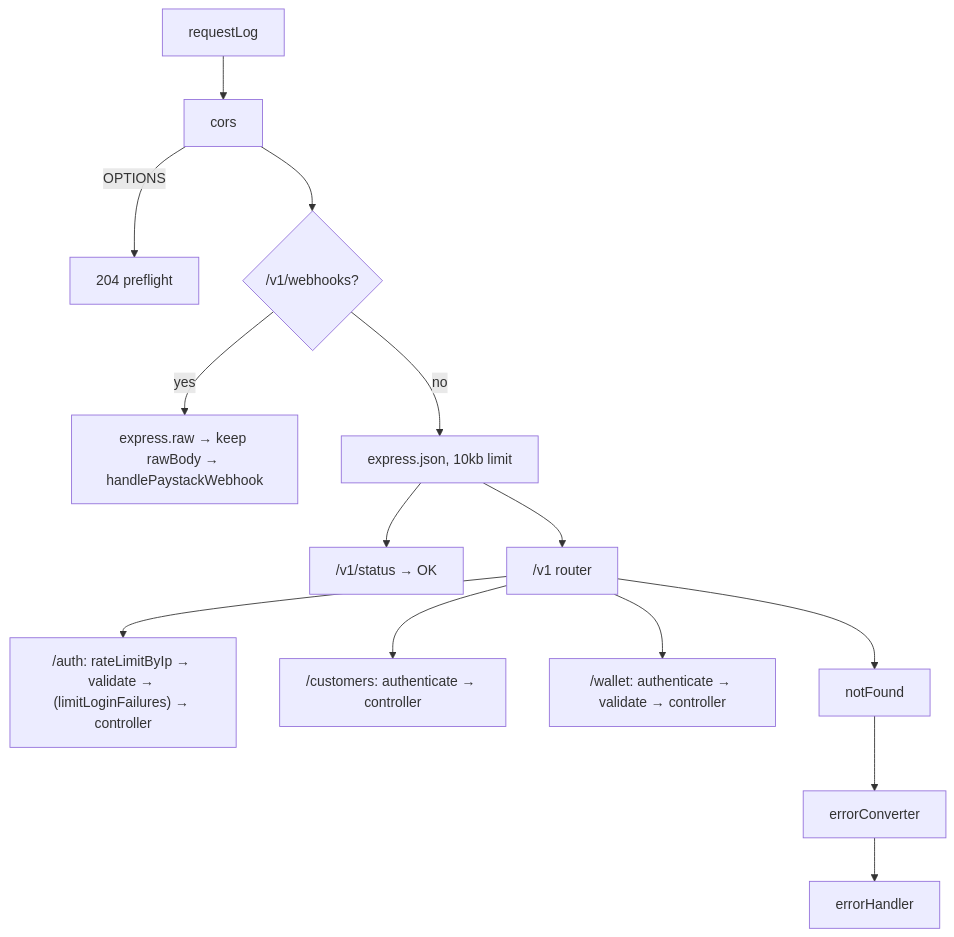
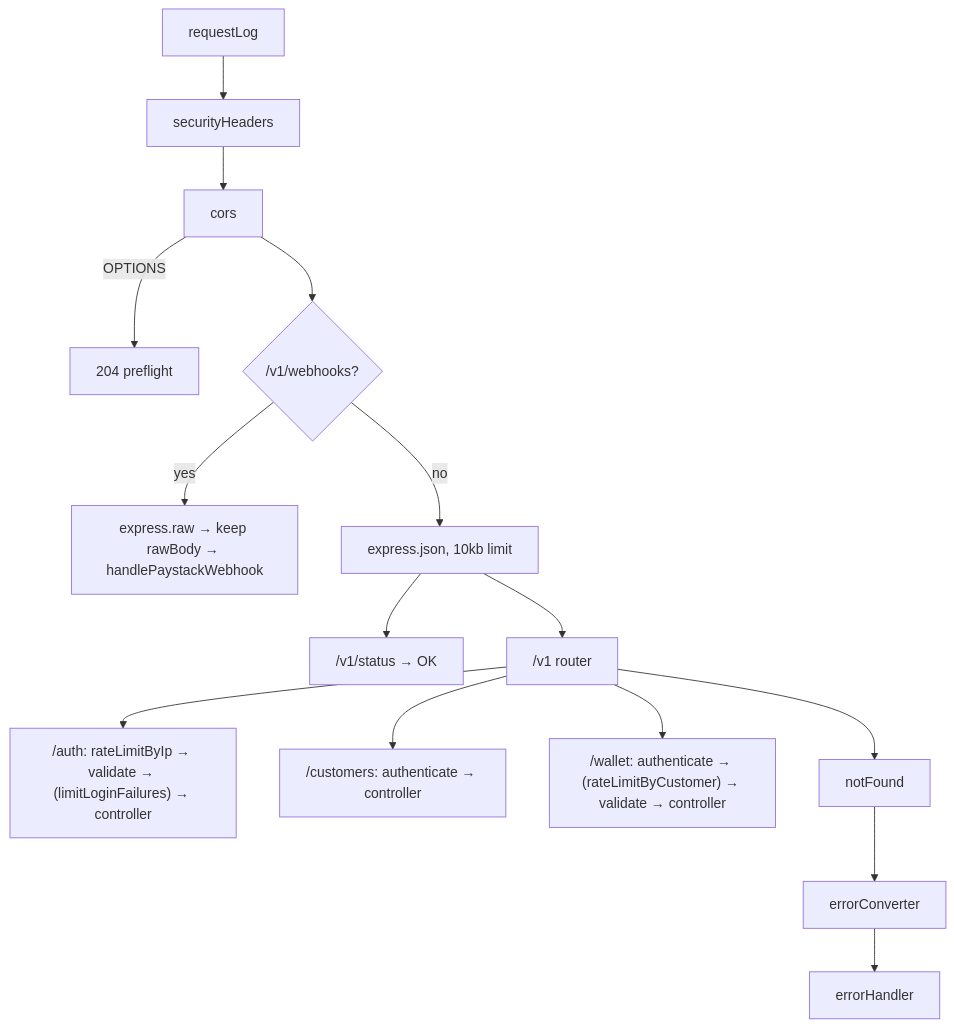
One commit to rkterungwa16/terk-ewallet changed the third of 6 diagrams in backend/docs/architecture.md. Above: the diagram before and after it, drawn with Mermaid. The commit also changed other lines of this file and 11 other files, not shown here.

````diff
--- a/backend/docs/architecture.md
+++ b/backend/docs/architecture.md
@@ -188,15 +188,16 @@
 ```mermaid
 flowchart TD
-  A[requestLog] --> B[cors]
+  A[requestLog] --> SH[securityHeaders]
+  SH --> B[cors]
   B -->|OPTIONS| B2[204 preflight]
   B --> W{"/v1/webhooks?"}
   W -->|yes| W1["express.raw → keep rawBody → handlePaystackWebhook"]
   W -->|no| J[express.json, 10kb limit]
   J --> S["/v1/status → OK"]
   J --> V1["/v1 router"]
   V1 --> AU["/auth: rateLimitByIp → validate → (limitLoginFailures) → controller"]
   V1 --> CU["/customers: authenticate → controller"]
-  V1 --> WA["/wallet: authenticate → validate → controller"]
+  V1 --> WA["/wallet: authenticate → (rateLimitByCustomer) → validate → controller"]
   V1 --> NF[notFound]
   NF --> EC[errorConverter] --> EH[errorHandler]
 ```
````
